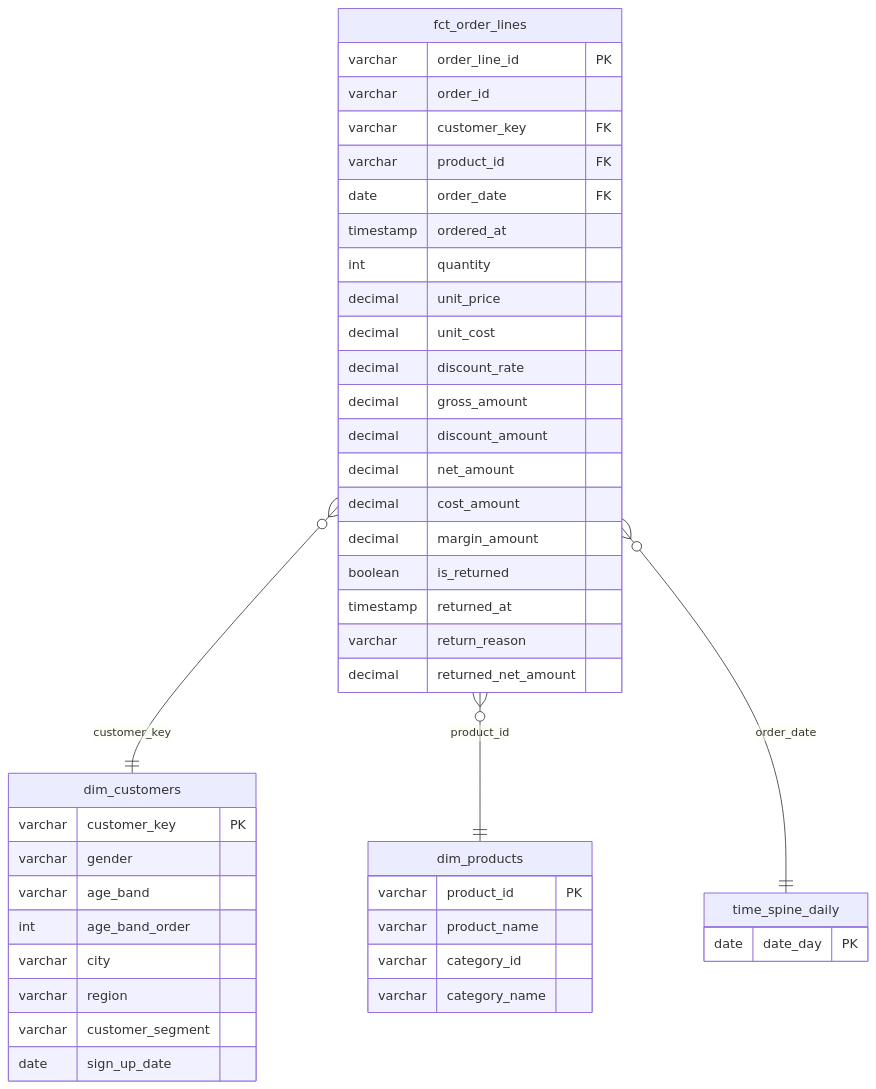
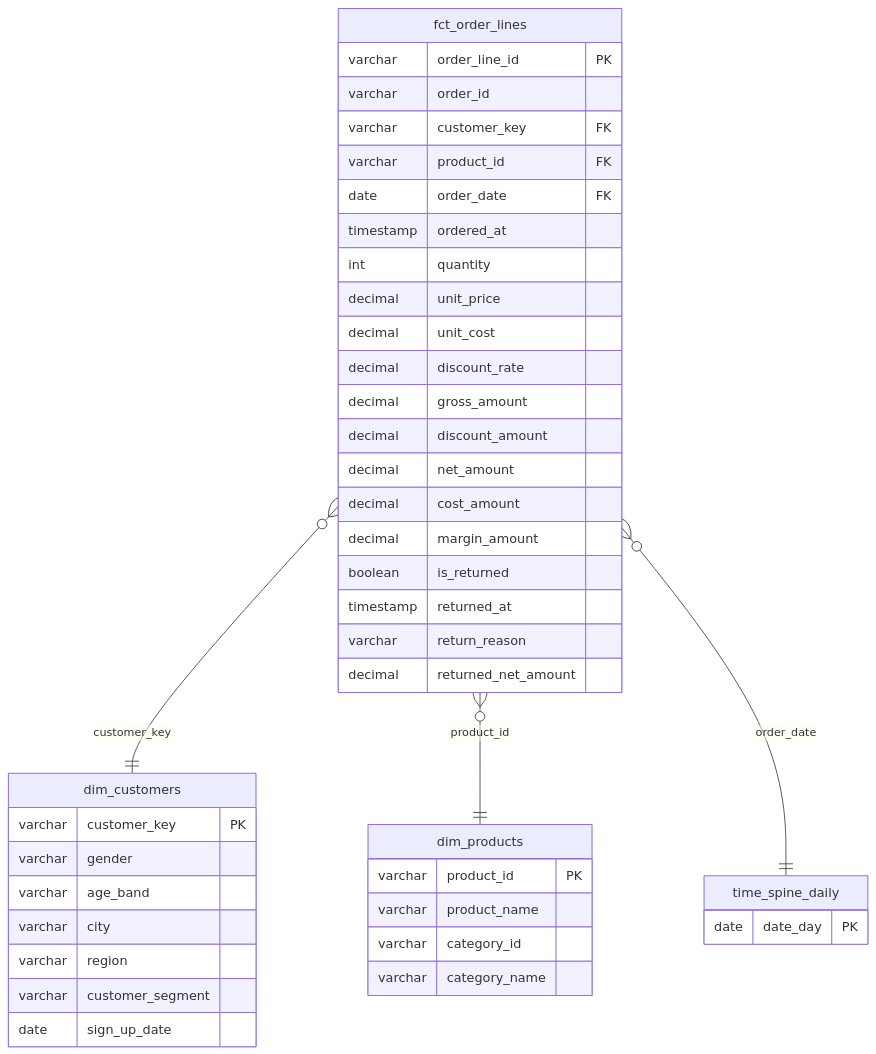
Before and after one commit to John-Miller12/portfolio-dual-target-dbt: the second of 2 diagrams in docs/design/02-dbt-models.md, drawn with Mermaid. The commit also changed other lines of this file, not shown here.

Commit message:
Design 02 rev 10: no age_band_order; labels sort as text

````diff
--- a/docs/design/02-dbt-models.md
+++ b/docs/design/02-dbt-models.md
@@ -191,46 +191,45 @@
 ```mermaid
 erDiagram
   fct_order_lines }o--|| dim_customers : customer_key
   fct_order_lines }o--|| dim_products : product_id
   fct_order_lines }o--|| time_spine_daily : order_date
   fct_order_lines {
     varchar order_line_id PK
     varchar order_id
     varchar customer_key FK
     varchar product_id FK
     date order_date FK
     timestamp ordered_at
     int quantity
     decimal unit_price
     decimal unit_cost
     decimal discount_rate
     decimal gross_amount
     decimal discount_amount
     decimal net_amount
     decimal cost_amount
     decimal margin_amount
     boolean is_returned
     timestamp returned_at
     varchar return_reason
     decimal returned_net_amount
   }
   dim_customers {
     varchar customer_key PK
     varchar gender
     varchar age_band
-    int age_band_order
     varchar city
     varchar region
     varchar customer_segment
     date sign_up_date
   }
   dim_products {
     varchar product_id PK
     varchar product_name
     varchar category_id
     varchar category_name
   }
   time_spine_daily {
     date date_day PK
   }
 ```
````
